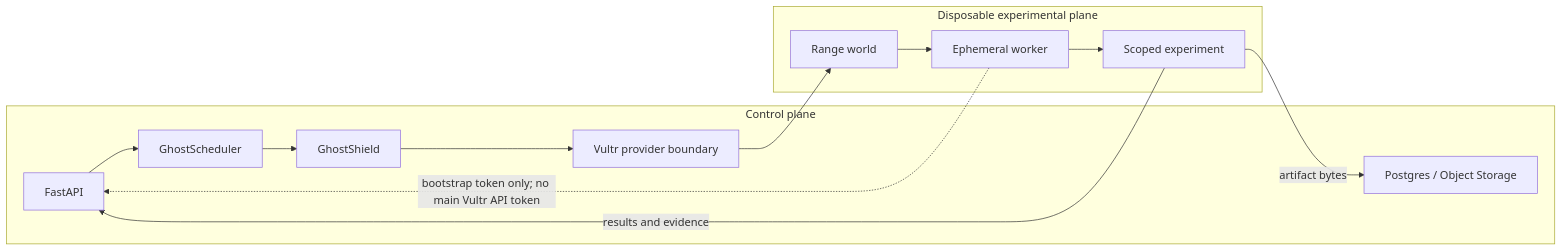
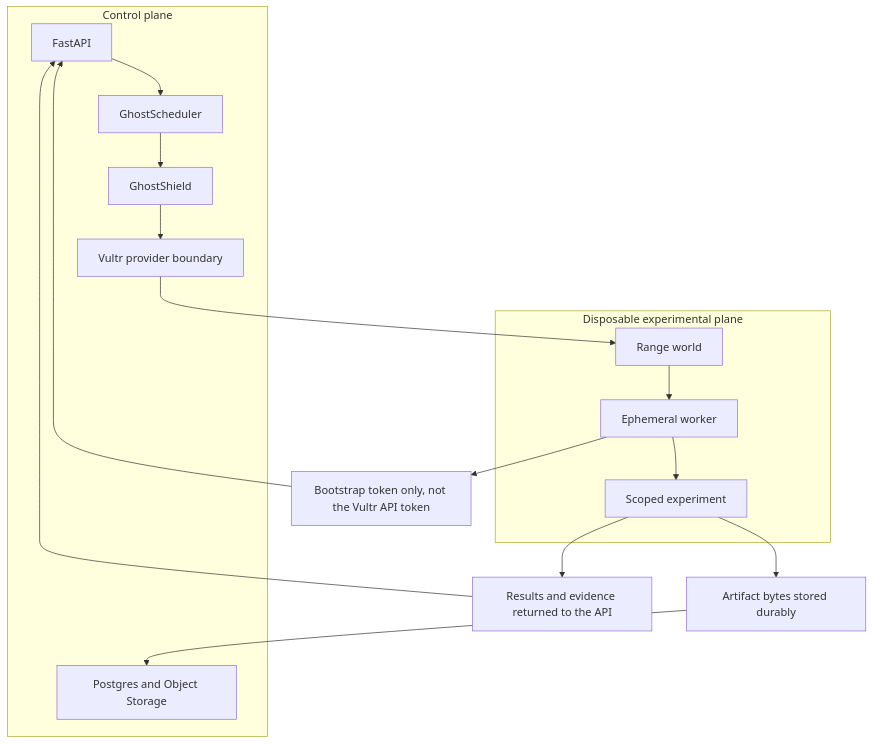
One commit to chetas1208/GhostRange changed the fifth of 8 diagrams in README.md. Above: the diagram before and after it, drawn with Mermaid. The commit also changed other lines of this file and 9 other files, not shown here.

````diff
--- a/README.md
+++ b/README.md
@@ -188,22 +172,22 @@
 ```mermaid
-flowchart LR
-    subgraph CP[Control plane]
-        API[FastAPI]
-        SCH[GhostScheduler]
-        SH[GhostShield]
-        VAPI[Vultr provider boundary]
-        STORE[Postgres / Object Storage]
+flowchart TD
+    subgraph CP["Control plane"]
+        API["FastAPI"] --> SCH["GhostScheduler"]
+        SCH --> SH["GhostShield"]
+        SH --> VAPI["Vultr provider boundary"]
+        STORE["Postgres and Object Storage"]
     end
 
-    subgraph DP[Disposable experimental plane]
-        WORLD[Range world]
-        WORKER[Ephemeral worker]
-        TASK[Scoped experiment]
+    subgraph DP["Disposable experimental plane"]
+        WORLD["Range world"] --> WORKER["Ephemeral worker"]
+        WORKER --> TASK["Scoped experiment"]
     end
 
-    API --> SCH --> SH --> VAPI --> WORLD
-    WORLD --> WORKER --> TASK
-    TASK -->|results and evidence| API
-    TASK -->|artifact bytes| STORE
-    WORKER -.->|bootstrap token only; no main Vultr API token| API
+    VAPI --> WORLD
+    TASK --> RESULTS["Results and evidence returned to the API"]
+    TASK --> BYTES["Artifact bytes stored durably"]
+    WORKER --> TOKEN["Bootstrap token only, not the Vultr API token"]
+    BYTES --> STORE
+    RESULTS --> API
+    TOKEN --> API
 ```
````
